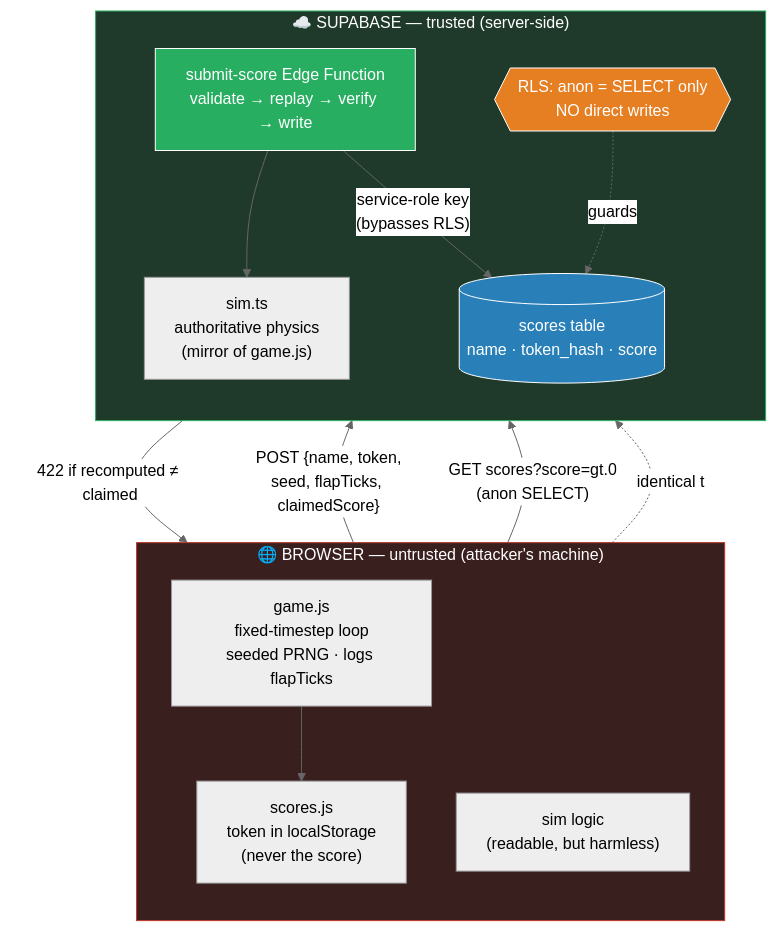
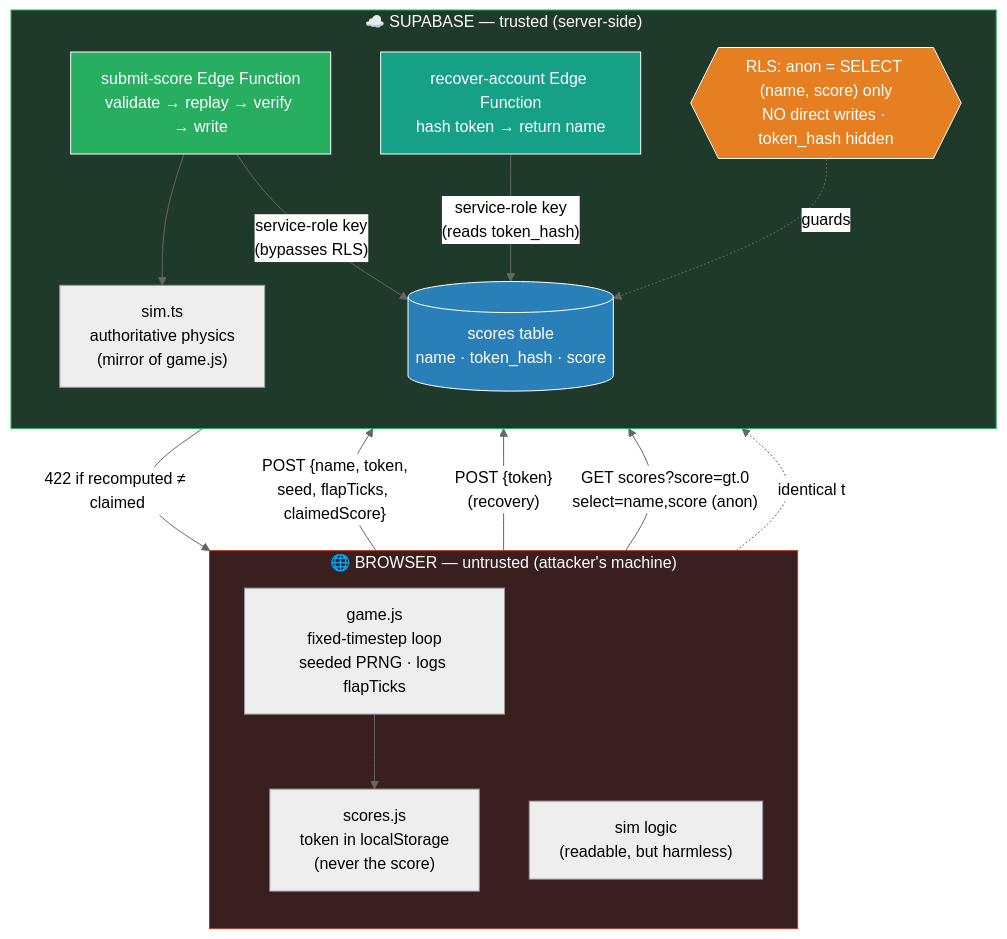
One commit to snowu/least-privlege-bird changed the first of 3 diagrams in supabase/ARCHITECTURE.md. Above: the diagram before and after it, drawn with Mermaid (neutral theme). The commit also changed other lines of this file and 1 other file, not shown here.

Commit message:
move token read beind hedge, limit access

````diff
--- a/supabase/ARCHITECTURE.md
+++ b/supabase/ARCHITECTURE.md
@@ -43,33 +48,37 @@
 ```mermaid
 graph TB
     subgraph BROWSER["🌐 BROWSER — untrusted (attacker's machine)"]
         direction TB
         GAME["game.js<br/>fixed-timestep loop<br/>seeded PRNG · logs flapTicks"]
         SCORES["scores.js<br/>token in localStorage<br/>(never the score)"]
         SIMCLIENT["sim logic<br/>(readable, but harmless)"]
     end
 
     subgraph SUPABASE["☁️ SUPABASE — trusted (server-side)"]
         direction TB
         EDGE["submit-score Edge Function<br/>validate → replay → verify → write"]
+        RECOVER["recover-account Edge Function<br/>hash token → return name"]
         SIMTS["sim.ts<br/>authoritative physics<br/>(mirror of game.js)"]
         DB[("scores table<br/>name · token_hash · score")]
-        RLS{{"RLS: anon = SELECT only<br/>NO direct writes"}}
+        RLS{{"RLS: anon = SELECT (name, score) only<br/>NO direct writes · token_hash hidden"}}
         EDGE --> SIMTS
         EDGE -->|"service-role key<br/>(bypasses RLS)"| DB
+        RECOVER -->|"service-role key<br/>(reads token_hash)"| DB
         RLS -.guards.-> DB
     end
 
     GAME --> SCORES
     SCORES -->|"POST {name, token,<br/>seed, flapTicks, claimedScore}"| EDGE
-    SCORES -->|"GET scores?score=gt.0<br/>(anon SELECT)"| DB
+    SCORES -->|"POST {token}<br/>(recovery)"| RECOVER
+    SCORES -->|"GET scores?score=gt.0<br/>select=name,score (anon)"| DB
     SIMCLIENT -.identical to.-> SIMTS
 
     EDGE -->|"422 if recomputed ≠ claimed"| SCORES
 
     style BROWSER fill:#3a1f1f,stroke:#c0392b,color:#fff
     style SUPABASE fill:#1f3a2a,stroke:#27ae60,color:#fff
     style EDGE fill:#27ae60,stroke:#fff,color:#fff
+    style RECOVER fill:#16a085,stroke:#fff,color:#fff
     style DB fill:#2980b9,stroke:#fff,color:#fff
     style RLS fill:#e67e22,stroke:#fff,color:#fff
 ```
````
